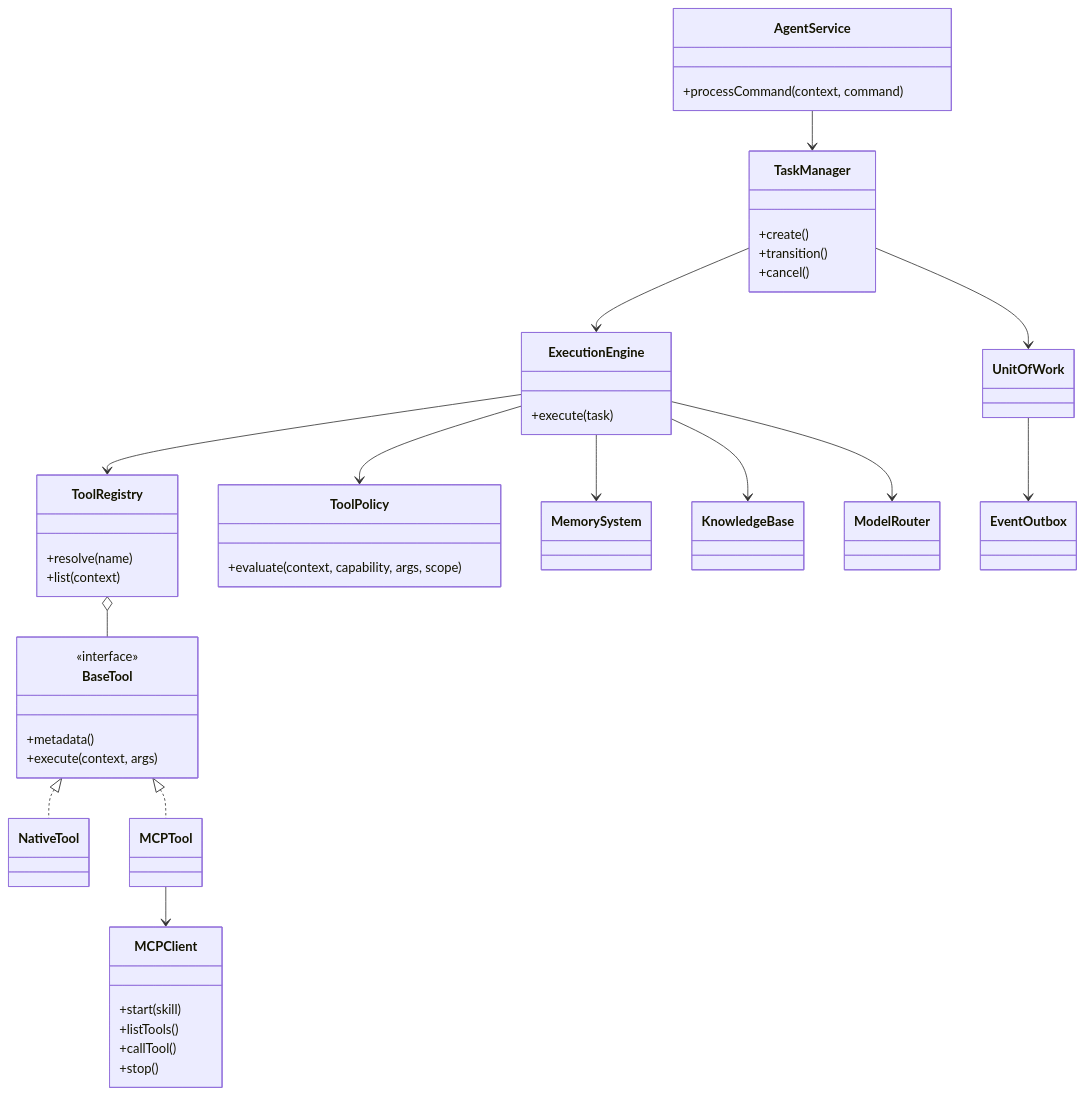
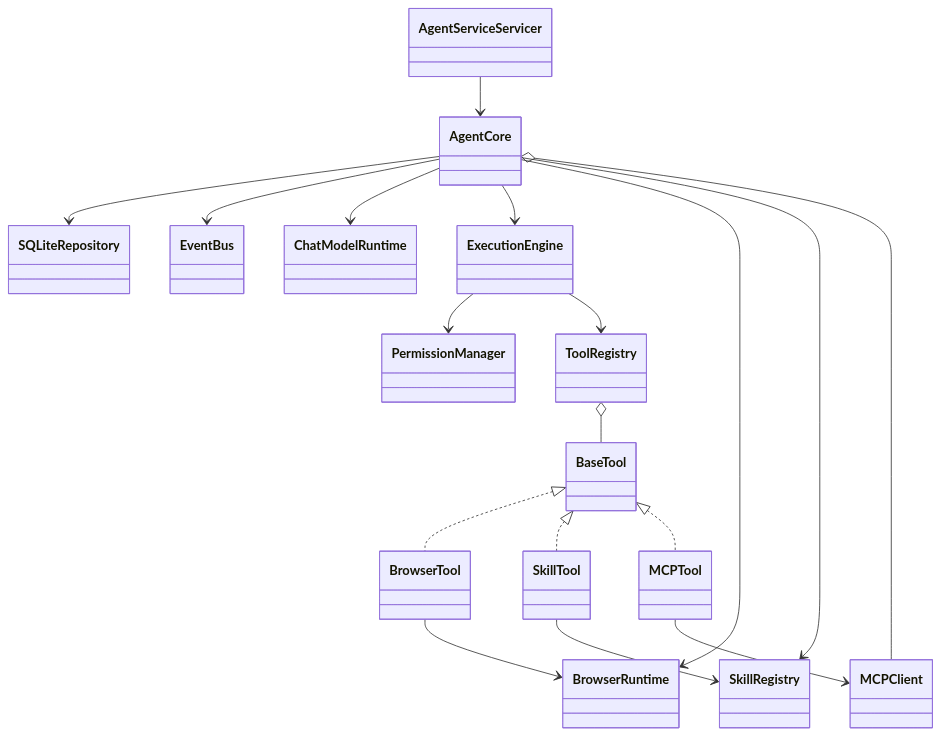
One commit to Mime-AL/MaigoKite changed the diagram in docs/design/ClassDiagram.md. Above: the diagram before and after it, drawn with Mermaid. The commit also changed other lines of this file and 104 other files, not shown here.

````diff
--- a/docs/design/ClassDiagram.md
+++ b/docs/design/ClassDiagram.md
@@ -9,53 +9,36 @@
 ```mermaid
 classDiagram
-    class AgentService {
-      +processCommand(context, command)
-    }
-    class TaskManager {
-      +create()
-      +transition()
-      +cancel()
-    }
-    class ExecutionEngine {
-      +execute(task)
-    }
-    class ToolRegistry {
-      +resolve(name)
-      +list(context)
-    }
-    class ToolPolicy {
-      +evaluate(context, capability, args, scope)
-    }
-    class BaseTool {
-      <<interface>>
-      +metadata()
-      +execute(context, args)
-    }
-    class NativeTool
+    class AgentServiceServicer
+    class AgentCore
+    class SQLiteRepository
+    class EventBus
+    class ChatModelRuntime
+    class ExecutionEngine
+    class PermissionManager
+    class ToolRegistry
+    class BaseTool
+    class BrowserTool
+    class SkillTool
     class MCPTool
-    class MCPClient {
-      +start(skill)
-      +listTools()
-      +callTool()
-      +stop()
-    }
-    class MemorySystem
-    class KnowledgeBase
-    class ModelRouter
-    class UnitOfWork
-    class EventOutbox
+    class BrowserRuntime
+    class SkillRegistry
+    class MCPClient
 
-    AgentService --> TaskManager
-    TaskManager --> ExecutionEngine
+    AgentServiceServicer --> AgentCore
+    AgentCore --> SQLiteRepository
+    AgentCore --> EventBus
+    AgentCore --> ChatModelRuntime
+    AgentCore --> ExecutionEngine
+    AgentCore --> BrowserRuntime
+    AgentCore --> SkillRegistry
+    AgentCore o-- MCPClient
+    ExecutionEngine --> PermissionManager
     ExecutionEngine --> ToolRegistry
-    ExecutionEngine --> ToolPolicy
-    ExecutionEngine --> MemorySystem
-    ExecutionEngine --> KnowledgeBase
-    ExecutionEngine --> ModelRouter
     ToolRegistry o-- BaseTool
-    BaseTool <|.. NativeTool
+    BaseTool <|.. BrowserTool
+    BaseTool <|.. SkillTool
     BaseTool <|.. MCPTool
+    BrowserTool --> BrowserRuntime
+    SkillTool --> SkillRegistry
     MCPTool --> MCPClient
-    TaskManager --> UnitOfWork
-    UnitOfWork --> EventOutbox
 ```
````
